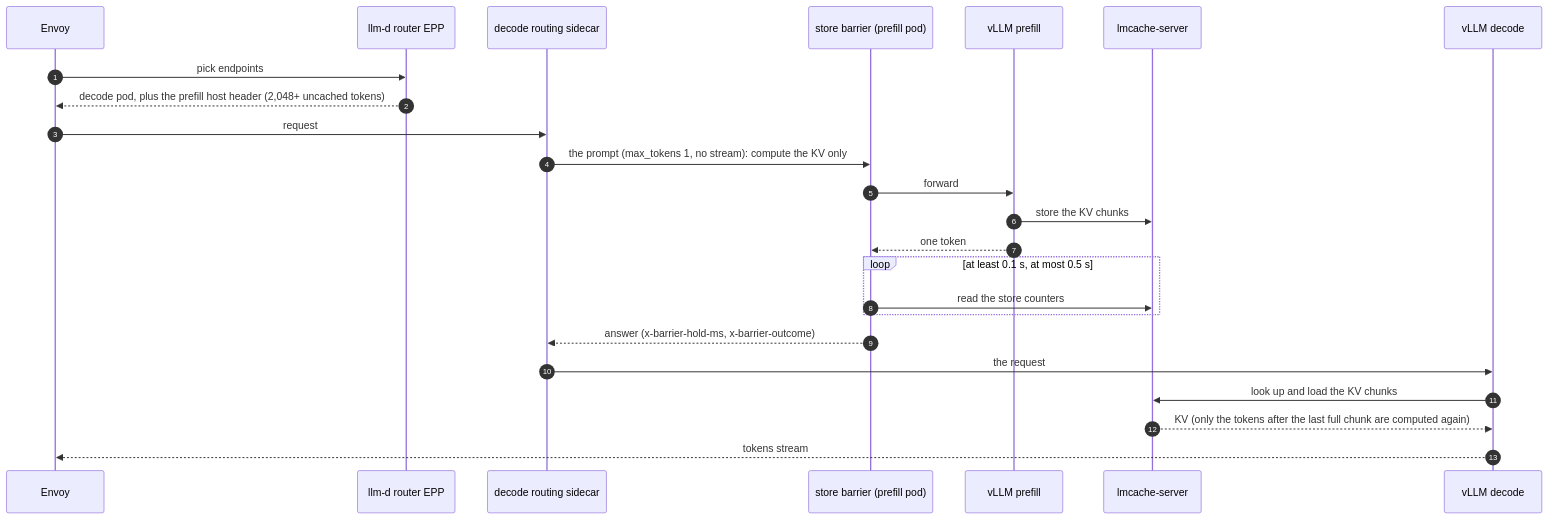
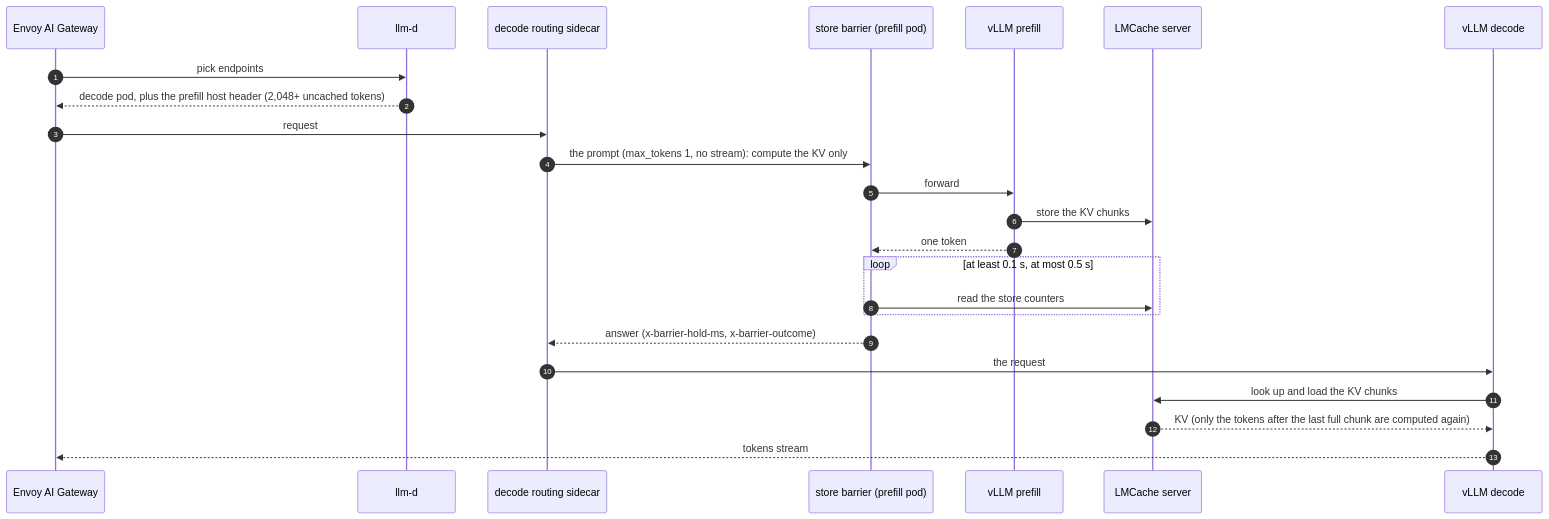
The eighth of 13 diagrams in docs/spec/09-architecture.md (chetananand/learning-companion-serving), drawn with Mermaid before and after one commit. The commit also changed other lines of this file and 4 other files, not shown here.

First line of the commit message:
Docs: one architecture, with the names of the slide diagram everywhere

````diff
--- a/docs/spec/09-architecture.md
+++ b/docs/spec/09-architecture.md
@@ -220,26 +227,26 @@
 ```mermaid
 sequenceDiagram
   autonumber
-  participant V as Envoy
-  participant R as llm-d router EPP
+  participant V as Envoy AI Gateway
+  participant R as llm-d
   participant SC as decode routing sidecar
   participant BAR as store barrier (prefill pod)
   participant VP as vLLM prefill
-  participant L as lmcache-server
+  participant L as LMCache server
   participant VD as vLLM decode
   V->>R: pick endpoints
   R-->>V: decode pod, plus the prefill host header (2,048+ uncached tokens)
   V->>SC: request
   SC->>BAR: the prompt (max_tokens 1, no stream): compute the KV only
   BAR->>VP: forward
   VP->>L: store the KV chunks
   VP-->>BAR: one token
   loop at least 0.1 s, at most 0.5 s
     BAR->>L: read the store counters
   end
   BAR-->>SC: answer (x-barrier-hold-ms, x-barrier-outcome)
   SC->>VD: the request
   VD->>L: look up and load the KV chunks
   L-->>VD: KV (only the tokens after the last full chunk are computed again)
   VD-->>V: tokens stream
 ```
````
